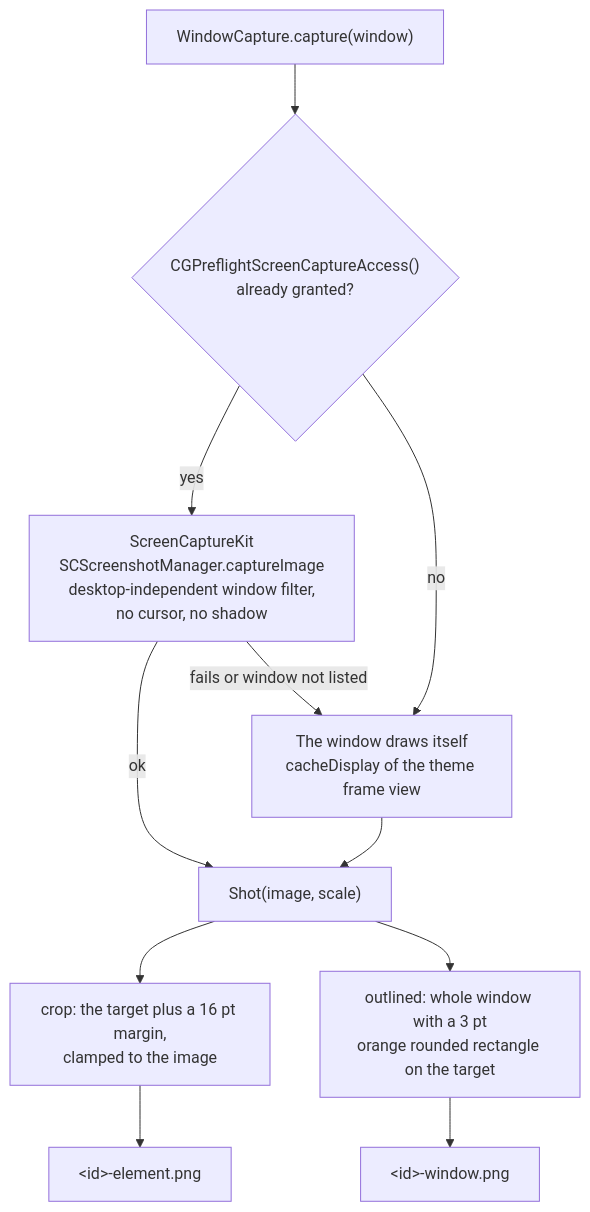
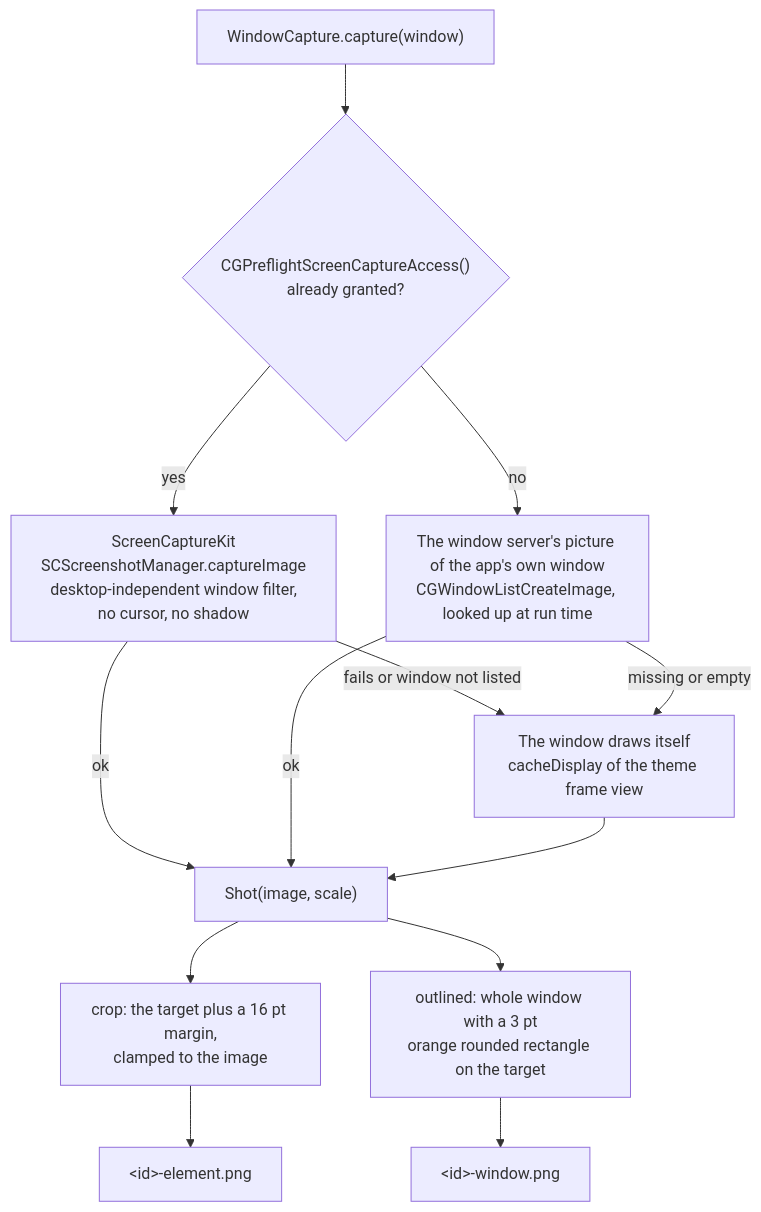
Before and after one commit to ordinarynerds/tincan: the ninth of 25 diagrams in docs/ARCHITECTURE.md, drawn with Mermaid. The commit also changed other lines of this file and 39 other files, not shown here.

````diff
--- a/docs/ARCHITECTURE.md
+++ b/docs/ARCHITECTURE.md
@@ -225,13 +312,15 @@
 ```mermaid
 flowchart TD
     capture["WindowCapture.capture(window)"] --> granted{"CGPreflightScreenCaptureAccess()<br/>already granted?"}
     granted -- yes --> sck["ScreenCaptureKit<br/>SCScreenshotManager.captureImage<br/>desktop-independent window filter,<br/>no cursor, no shadow"]
     sck -- "fails or window not listed" --> drawn
     sck -- ok --> shot["Shot(image, scale)"]
-    granted -- no --> drawn["The window draws itself<br/>cacheDisplay of the theme frame view"]
+    granted -- no --> own["The window server's picture of the app's own window<br/>CGWindowListCreateImage, looked up at run time"]
+    own -- ok --> shot
+    own -- "missing or empty" --> drawn["The window draws itself<br/>cacheDisplay of the theme frame view"]
     drawn --> shot
     shot --> crop["crop: the target plus a 16 pt margin,<br/>clamped to the image"]
     shot --> outline["outlined: whole window with a 3 pt<br/>orange rounded rectangle on the target"]
     crop --> png1["#lt;id#gt;-element.png"]
     outline --> png2["#lt;id#gt;-window.png"]
 ```
````
